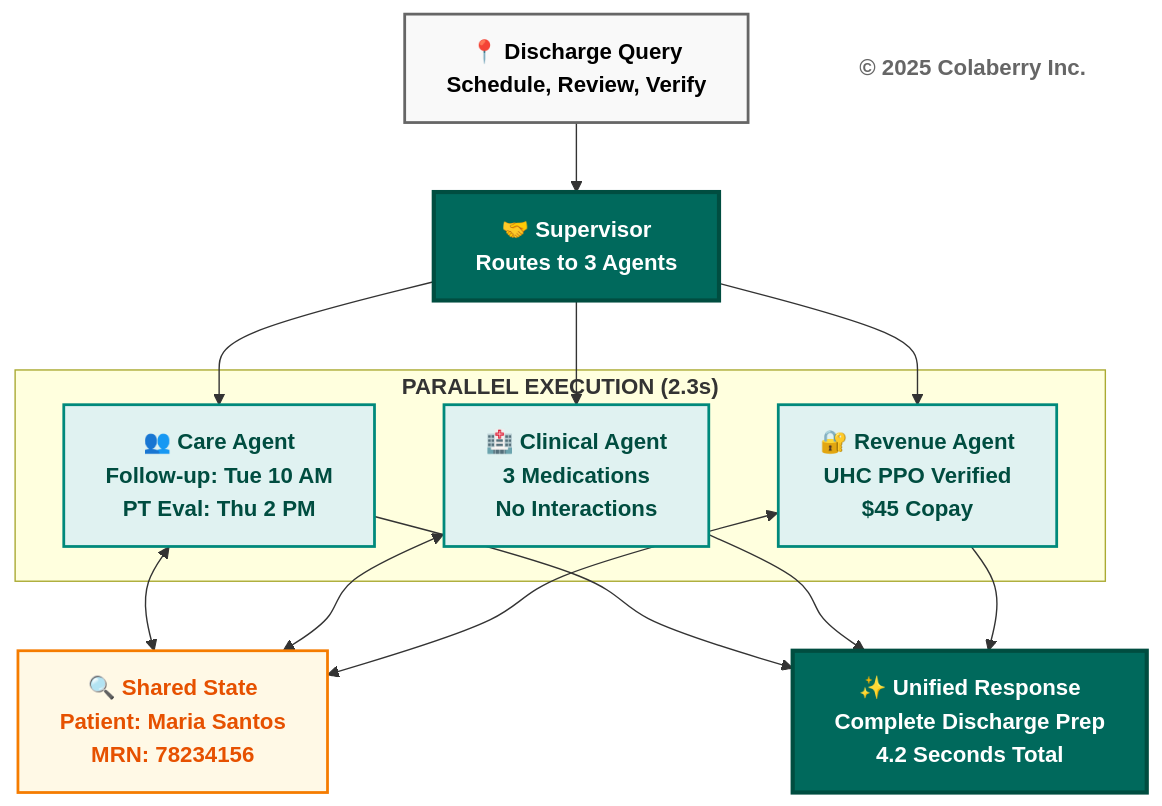
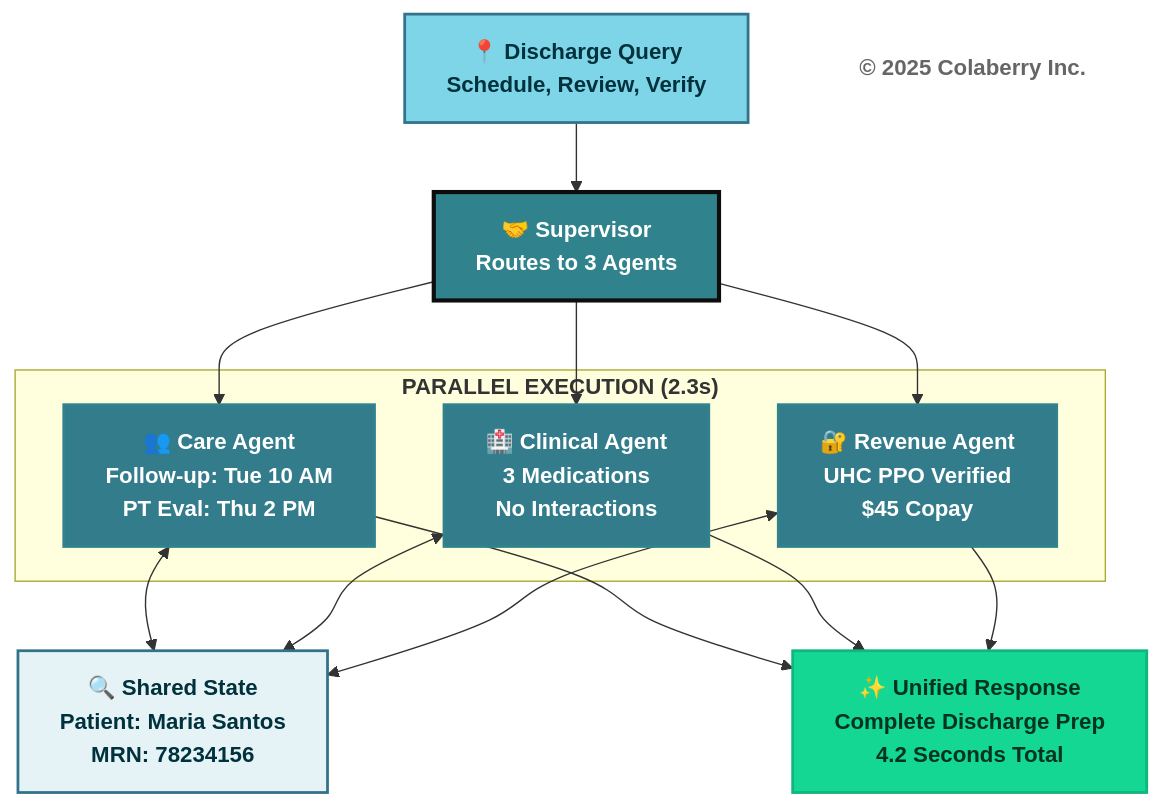
One commit to saitejesh-cyber/trust-before-intelligence-book changed the tenth of 14 diagrams in manuscript/07_chapter_6_transparency_orchestration_layers.md. Above: the diagram before and after it, drawn with Mermaid. The commit also changed other lines of this file, not shown here.

Commit message:
Update mermaid diagrams as per new coloberry color and contrast ratio for chapter 7

````diff
--- a/manuscript/07_chapter_6_transparency_orchestration_layers.md
+++ b/manuscript/07_chapter_6_transparency_orchestration_layers.md
@@ -1003,38 +1003,38 @@
 ```mermaid
 graph TB
     Query["<b>📍 Discharge Query</b><br/><b>Schedule, Review, Verify</b>"]
     
     Supervisor["<b>🤝 Supervisor</b><br/><b>Routes to 3 Agents</b>"]
     
     subgraph "<b>PARALLEL EXECUTION (2.3s)</b>"
         Care["<b>👥 Care Agent</b><br/><b>Follow-up: Tue 10 AM</b><br/><b>PT Eval: Thu 2 PM</b>"]
         Clinical["<b>🏥 Clinical Agent</b><br/><b>3 Medications</b><br/><b>No Interactions</b>"]
         Revenue["<b>🔐 Revenue Agent</b><br/><b>UHC PPO Verified</b><br/><b>$45 Copay</b>"]
     end
     
     State["<b>🔍 Shared State</b><br/><b>Patient: Maria Santos</b><br/><b>MRN: 78234156</b>"]
     
     Response["<b>✨ Unified Response</b><br/><b>Complete Discharge Prep</b><br/><b>4.2 Seconds Total</b>"]
     
     Copyright["<b>© 2025 Colaberry Inc.</b>"]
     
     Query --> Supervisor
     Supervisor --> Care
     Supervisor --> Clinical
     Supervisor --> Revenue
     Care <--> State
     Clinical <--> State
     Revenue <--> State
     Care --> Response
     Clinical --> Response
     Revenue --> Response
     
-    style Query fill:#f9f9f9,stroke:#666666,stroke-width:2px,color:#000000
-    style Supervisor fill:#00695c,color:#ffffff,stroke:#004d40,stroke-width:3px
-    style Care fill:#e0f2f1,stroke:#00897b,stroke-width:2px,color:#004d40
-    style Clinical fill:#e0f2f1,stroke:#00897b,stroke-width:2px,color:#004d40
-    style Revenue fill:#e0f2f1,stroke:#00897b,stroke-width:2px,color:#004d40
-    style State fill:#fff9e6,stroke:#f57c00,stroke-width:2px,color:#e65100
-    style Response fill:#00695c,color:#ffffff,stroke:#004d40,stroke-width:3px
+    style Query fill:#7FD5E8,stroke:#32738C,stroke-width:2px,color:#00323D
+    style Supervisor fill:#30838C,color:#ffffff,stroke:#0D0D0D,stroke-width:3px
+    style Care fill:#327C8C,stroke:#30838C,stroke-width:2px,color:#ffffff
+    style Clinical fill:#327C8C,stroke:#30838C,stroke-width:2px,color:#ffffff
+    style Revenue fill:#327C8C,stroke:#30838C,stroke-width:2px,color:#ffffff
+    style State fill:#E6F3F6,stroke:#32738C,stroke-width:2px,color:#00323D
+    style Response fill:#14D793,color:#003322,stroke:#0FB67D,stroke-width:2px
     style Copyright fill:#ffffff,stroke:none,color:#666666
 ```
````
